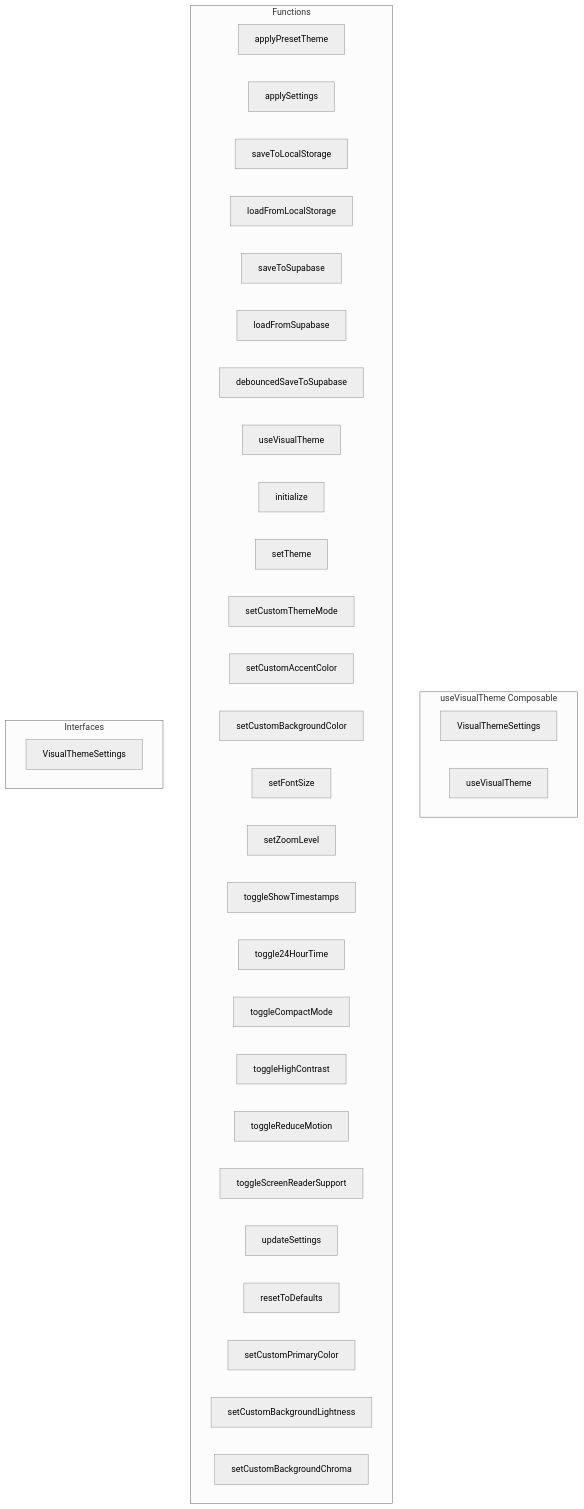
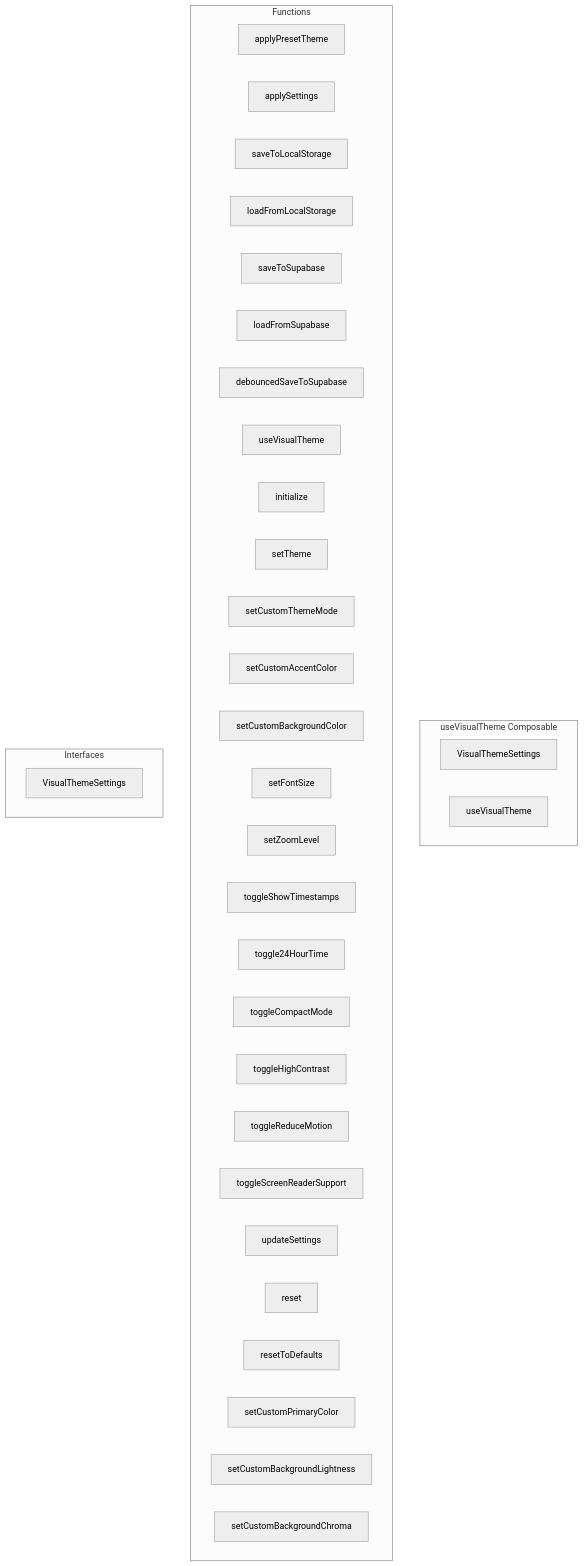
One commit to y4my4my4m/harmony changed the diagram in docs/api/composables/usevisualtheme.md. Above: the diagram before and after it, drawn with Mermaid (neutral theme). The commit also changed other lines of this file and 211 other files, not shown here.

````diff
--- a/docs/api/composables/usevisualtheme.md
+++ b/docs/api/composables/usevisualtheme.md
@@ -7,40 +7,41 @@
 ```mermaid
 graph TB
     subgraph "useVisualTheme Composable"
         VISUALTHEMESETTINGS[VisualThemeSettings]
         USEVISUALTHEME[useVisualTheme]
     end
     
     subgraph "Functions"
         FN_APPLYPRESETTHEME[applyPresetTheme]
         FN_APPLYSETTINGS[applySettings]
         FN_SAVETOLOCALSTORAGE[saveToLocalStorage]
         FN_LOADFROMLOCALSTORAGE[loadFromLocalStorage]
         FN_SAVETOSUPABASE[saveToSupabase]
         FN_LOADFROMSUPABASE[loadFromSupabase]
         FN_DEBOUNCEDSAVETOSUPABASE[debouncedSaveToSupabase]
         FN_USEVISUALTHEME[useVisualTheme]
         FN_INITIALIZE[initialize]
         FN_SETTHEME[setTheme]
         FN_SETCUSTOMTHEMEMODE[setCustomThemeMode]
         FN_SETCUSTOMACCENTCOLOR[setCustomAccentColor]
         FN_SETCUSTOMBACKGROUNDCOLOR[setCustomBackgroundColor]
         FN_SETFONTSIZE[setFontSize]
         FN_SETZOOMLEVEL[setZoomLevel]
         FN_TOGGLESHOWTIMESTAMPS[toggleShowTimestamps]
         FN_TOGGLE24HOURTIME[toggle24HourTime]
         FN_TOGGLECOMPACTMODE[toggleCompactMode]
         FN_TOGGLEHIGHCONTRAST[toggleHighContrast]
         FN_TOGGLEREDUCEMOTION[toggleReduceMotion]
         FN_TOGGLESCREENREADERSUPPORT[toggleScreenReaderSupport]
         FN_UPDATESETTINGS[updateSettings]
+        FN_RESET[reset]
         FN_RESETTODEFAULTS[resetToDefaults]
         FN_SETCUSTOMPRIMARYCOLOR[setCustomPrimaryColor]
         FN_SETCUSTOMBACKGROUNDLIGHTNESS[setCustomBackgroundLightness]
         FN_SETCUSTOMBACKGROUNDCHROMA[setCustomBackgroundChroma]
     end
     
     subgraph "Interfaces"
         INT_VISUALTHEMESETTINGS[VisualThemeSettings]
     end
 ```
````
